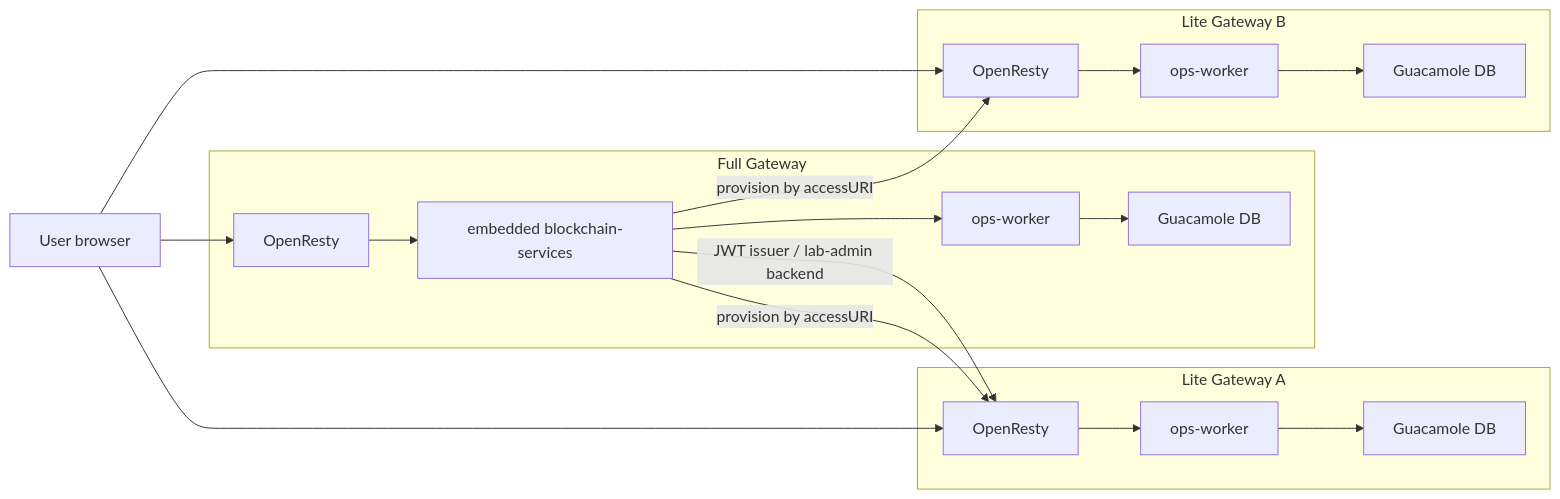
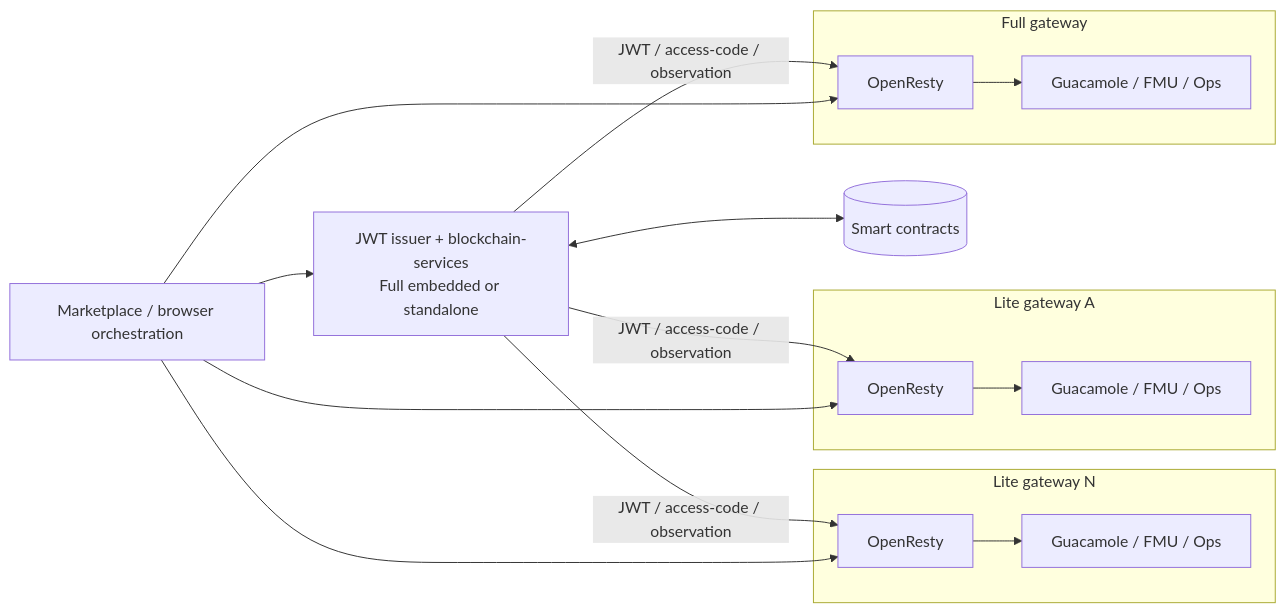
Before and after one commit to DecentraLabsCom/Lab-Gateway: the first of 2 diagrams in docs/deployment-architectures.md, drawn with Mermaid. The commit also changed other lines of this file and 22 other files, not shown here.

````diff
--- a/docs/deployment-architectures.md
+++ b/docs/deployment-architectures.md
@@ -15,35 +34,31 @@
 ```mermaid
 flowchart LR
-    subgraph Full["Full Gateway"]
-        FullOpenResty["OpenResty"]
-        FullBackend["embedded blockchain-services"]
-        FullOps["ops-worker"]
-        FullGuac["Guacamole DB"]
-        FullOpenResty --> FullBackend
-        FullBackend --> FullOps
-        FullOps --> FullGuac
+    Marketplace["Marketplace / browser orchestration"]
+    Control["JWT issuer + blockchain-services<br/>Full embedded or standalone"]
+    Chain[("Smart contracts")]
+
+    subgraph Full["Full gateway"]
+        FEdge["OpenResty"]
+        FAccess["Guacamole / FMU / Ops"]
+        FEdge --> FAccess
+    end
+    subgraph LiteA["Lite gateway A"]
+        AEdge["OpenResty"]
+        AAccess["Guacamole / FMU / Ops"]
+        AEdge --> AAccess
+    end
+    subgraph LiteN["Lite gateway N"]
+        NEdge["OpenResty"]
+        NAccess["Guacamole / FMU / Ops"]
+        NEdge --> NAccess
     end
 
-    subgraph LiteA["Lite Gateway A"]
-        LiteAOpenResty["OpenResty"]
-        LiteAOps["ops-worker"]
-        LiteAGuac["Guacamole DB"]
-        LiteAOpenResty --> LiteAOps
-        LiteAOps --> LiteAGuac
-    end
-
-    subgraph LiteB["Lite Gateway B"]
-        LiteBOpenResty["OpenResty"]
-        LiteBOps["ops-worker"]
-        LiteBGuac["Guacamole DB"]
-        LiteBOpenResty --> LiteBOps
-        LiteBOps --> LiteBGuac
-    end
-
-    User["User browser"] --> FullOpenResty
-    User --> LiteAOpenResty
-    User --> LiteBOpenResty
-    FullBackend -- "JWT issuer / lab-admin backend" --> LiteAOpenResty
-    FullBackend -- "provision by accessURI" --> LiteAOpenResty
-    FullBackend -- "provision by accessURI" --> LiteBOpenResty
+    Marketplace --> Control
+    Control <--> Chain
+    Marketplace --> FEdge
+    Marketplace --> AEdge
+    Marketplace --> NEdge
+    Control -->|JWT / access-code / observation| FEdge
+    Control -->|JWT / access-code / observation| AEdge
+    Control -->|JWT / access-code / observation| NEdge
 ```
````
